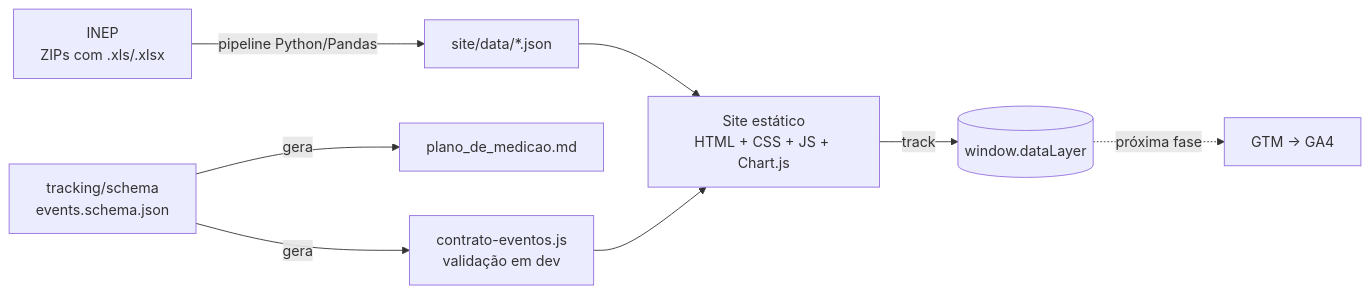
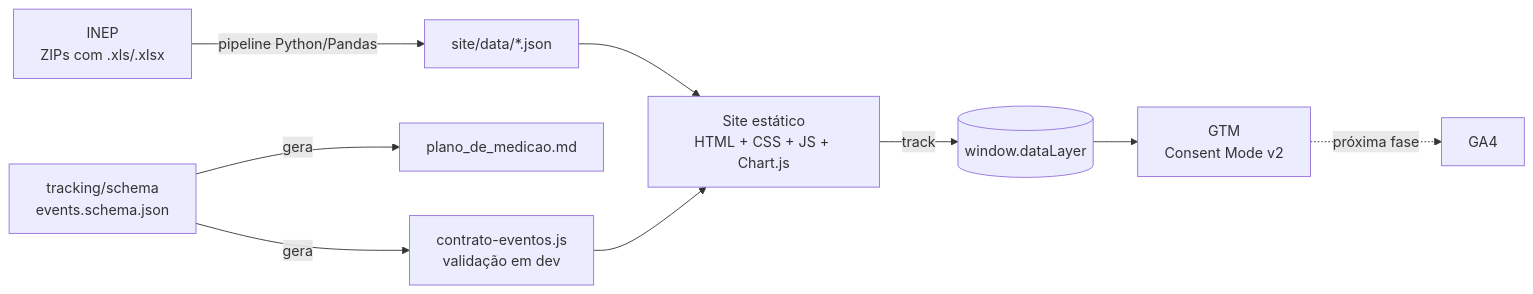
Before and after one commit to DiegoSousaOliveira/EduTrackBrasil: the diagram in README.md, drawn with Mermaid. The commit also changed other lines of this file and 8 other files, not shown here.

First line of the commit message:
Instala o GTM com Consent Mode v2, banner de cookies e política de privacidade

````diff
--- a/README.md
+++ b/README.md
@@ -19,10 +19,10 @@
 ```mermaid
 flowchart LR
     A[INEP<br/>ZIPs com .xls/.xlsx] -->|pipeline Python/Pandas| B[site/data/*.json]
     B --> C[Site estático<br/>HTML + CSS + JS + Chart.js]
     C -->|track| D[(window.dataLayer)]
-    D -.->|próxima fase| E[GTM → GA4]
+    D --> E[GTM<br/>Consent Mode v2] -.->|próxima fase| F[GA4]
     S[tracking/schema<br/>events.schema.json] -->|gera| P[plano_de_medicao.md]
     S -->|gera| V[contrato-eventos.js<br/>validação em dev]
     V --> C
 ```
````
